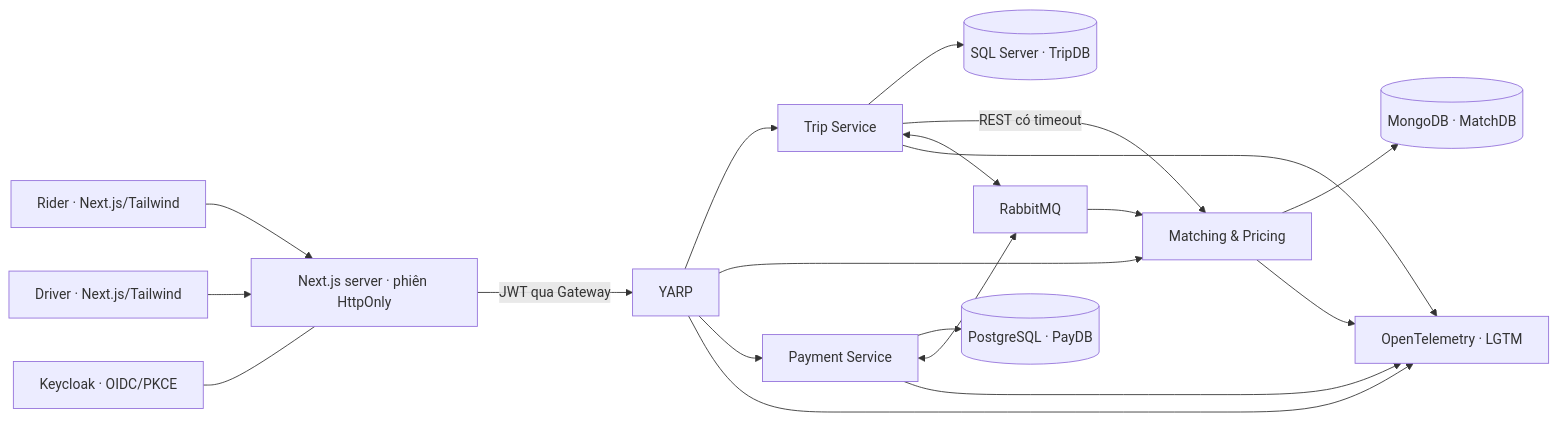
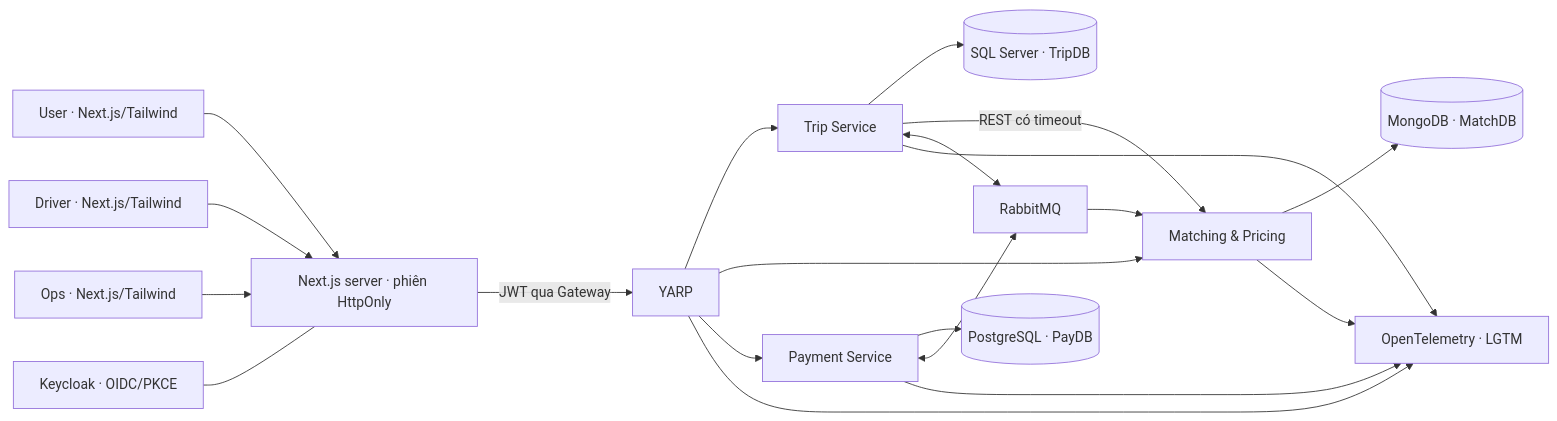
One commit to QuocDai-210/SoftwareArchitecture changed the first of 4 diagrams in docs/architecture.md. Above: the diagram before and after it, drawn with Mermaid. The commit also changed other lines of this file and 97 other files, not shown here.

````diff
--- a/docs/architecture.md
+++ b/docs/architecture.md
@@ -5,18 +5,19 @@
 ```mermaid
 flowchart LR
-    Rider[Rider · Next.js/Tailwind] --> Web[Next.js server · phiên HttpOnly]
+    Rider[User · Next.js/Tailwind] --> Web[Next.js server · phiên HttpOnly]
     Driver[Driver · Next.js/Tailwind] --> Web
+    Ops[Ops · Next.js/Tailwind] --> Web
     Web -->|JWT qua Gateway| G[YARP]
     IdP[Keycloak · OIDC/PKCE] --- Web
     G --> T[Trip Service]
     G --> M[Matching & Pricing]
     G --> P[Payment Service]
     T --> SQL[(SQL Server · TripDB)]
     M --> Mongo[(MongoDB · MatchDB)]
     P --> PG[(PostgreSQL · PayDB)]
     T -->|REST có timeout| M
     T <--> MQ[RabbitMQ]
     P <--> MQ
     MQ --> M
     G & T & M & P --> O[OpenTelemetry · LGTM]
 ```
````
